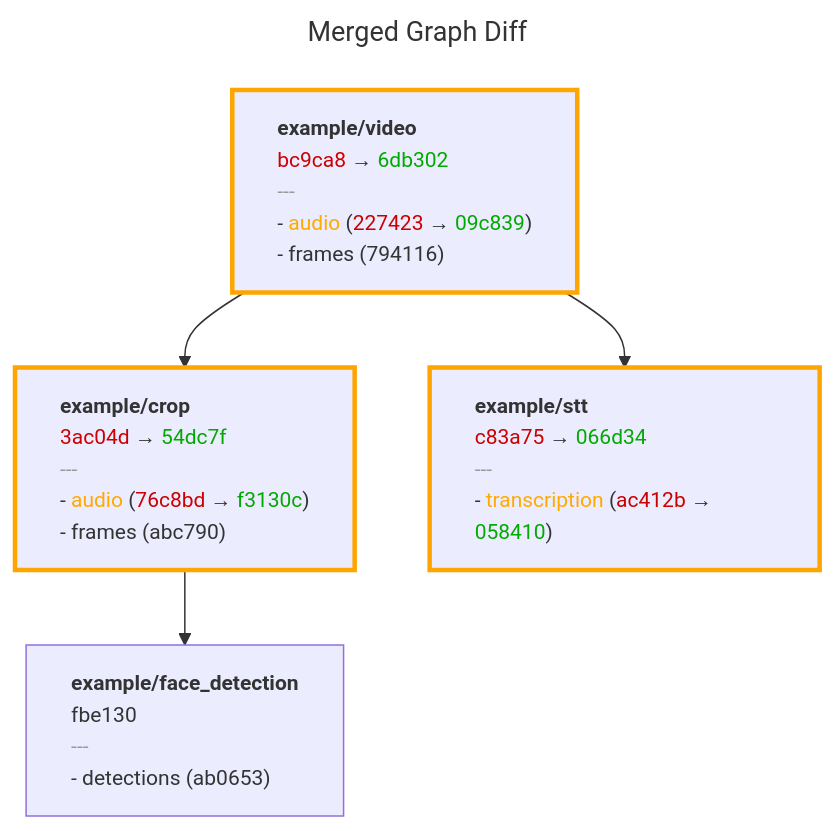
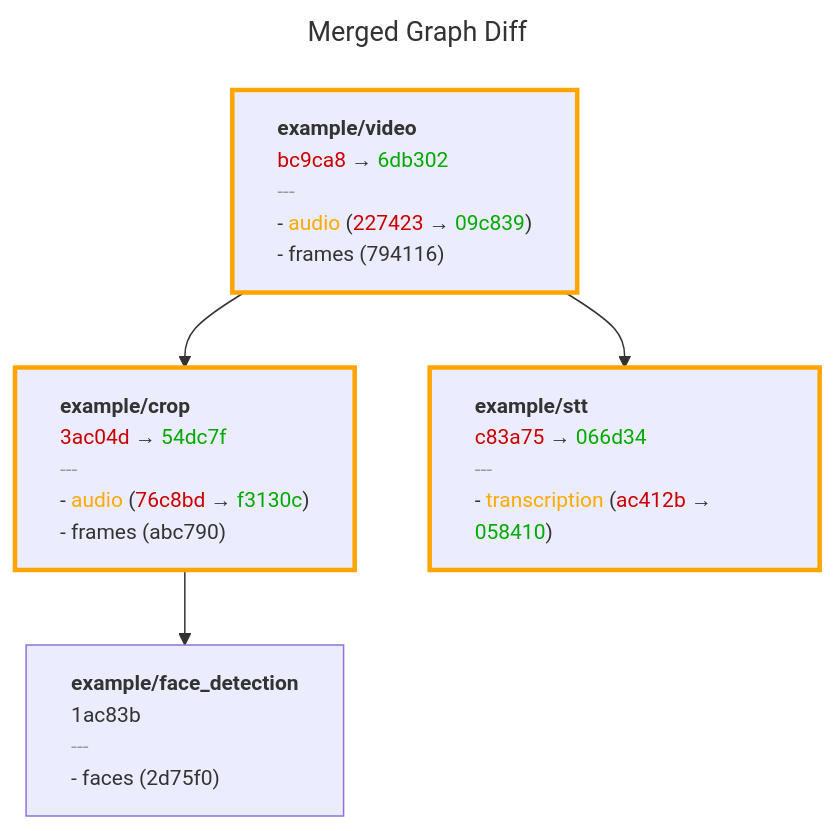
The second of 2 diagrams in README.md (anam-org/metaxy), drawn with Mermaid before and after one commit. The commit also changed other lines of this file and 33 other files, not shown here.

Commit message:
unify graph and graph diff rendering

````diff
--- a/README.md
+++ b/README.md
@@ -178,19 +178,26 @@
 ```mermaid
 ---
 title: Merged Graph Diff
 ---
 flowchart TB
     %%{init: {'flowchart': {'htmlLabels': true, 'curve': 'basis'}, 'themeVariables': {'fontSize': '14px'}}}%%
 
-    example_video["<div style="text-align:left"><b>example/video</b><br/><font color="#CC0000">bc9ca8</font> → <font color="#00AA00">6db302</font><br/><font color="#999">---</font><br/>- <font color="#FFAA00">audio</font> (<font color="#CC0000">227423</font> → <font color="#00AA00">09c839</font>)<br/>- frames (794116)</div>"]
+    example_video["<div style="text-align:left"><b>example/video</b><br/><font color="#CC0000">bc9ca8</font> → <font
+color="#00AA00">6db302</font><br/><font color="#999">---</font><br/>- <font color="#FFAA00">audio</font> (<font
+color="#CC0000">227423</font> → <font color="#00AA00">09c839</font>)<br/>- frames (794116)</div>"]
     style example_video stroke:#FFA500,stroke-width:3px
-    example_crop["<div style="text-align:left"><b>example/crop</b><br/><font color="#CC0000">3ac04d</font> → <font color="#00AA00">54dc7f</font><br/><font color="#999">---</font><br/>- <font color="#FFAA00">audio</font> (<font color="#CC0000">76c8bd</font> → <font color="#00AA00">f3130c</font>)<br/>- frames (abc790)</div>"]
+    example_crop["<div style="text-align:left"><b>example/crop</b><br/><font color="#CC0000">3ac04d</font> → <font
+color="#00AA00">54dc7f</font><br/><font color="#999">---</font><br/>- <font color="#FFAA00">audio</font> (<font
+color="#CC0000">76c8bd</font> → <font color="#00AA00">f3130c</font>)<br/>- frames (abc790)</div>"]
     style example_crop stroke:#FFA500,stroke-width:3px
-    example_face_detection["<div style="text-align:left"><b>example/face_detection</b><br/>fbe130<br/><font color="#999">---</font><br/>- detections (ab0653)</div>"]
-    example_stt["<div style="text-align:left"><b>example/stt</b><br/><font color="#CC0000">c83a75</font> → <font color="#00AA00">066d34</font><br/><font color="#999">---</font><br/>- <font color="#FFAA00">transcription</font> (<font color="#CC0000">ac412b</font> → <font color="#00AA00">058410</font>)</div>"]
+    example_face_detection["<div style="text-align:left"><b>example/face_detection</b><br/>1ac83b<br/><font
+color="#999">---</font><br/>- faces (2d75f0)</div>"]
+    example_stt["<div style="text-align:left"><b>example/stt</b><br/><font color="#CC0000">c83a75</font> → <font
+color="#00AA00">066d34</font><br/><font color="#999">---</font><br/>- <font color="#FFAA00">transcription</font> (<font
+color="#CC0000">ac412b</font> → <font color="#00AA00">058410</font>)</div>"]
     style example_stt stroke:#FFA500,stroke-width:3px
 
     example_video --> example_crop
     example_crop --> example_face_detection
     example_video --> example_stt
 ```
````
